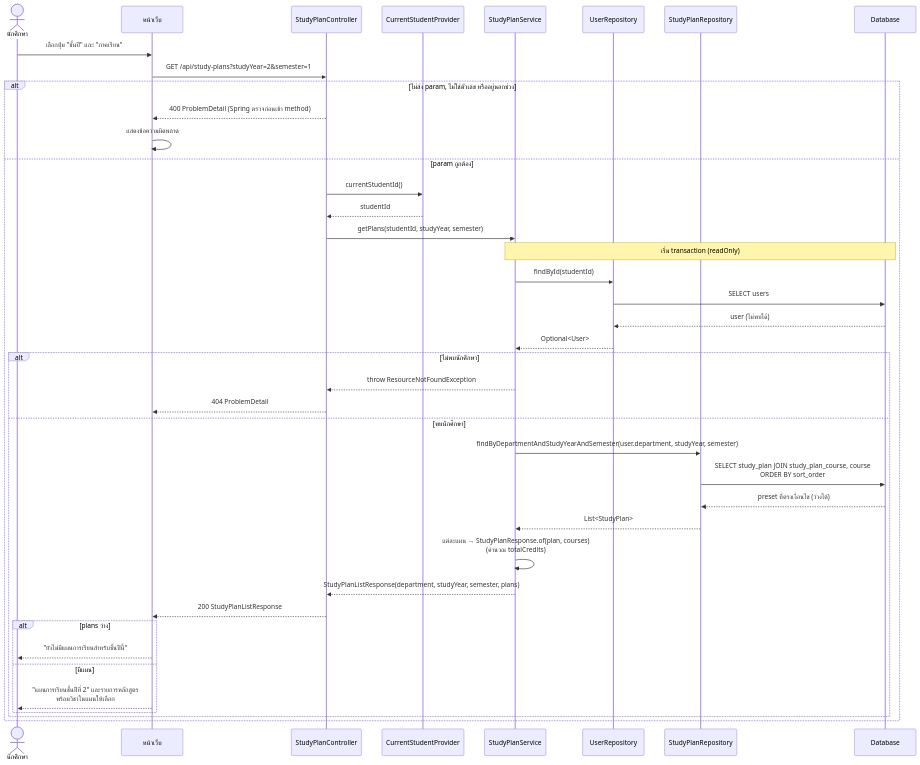
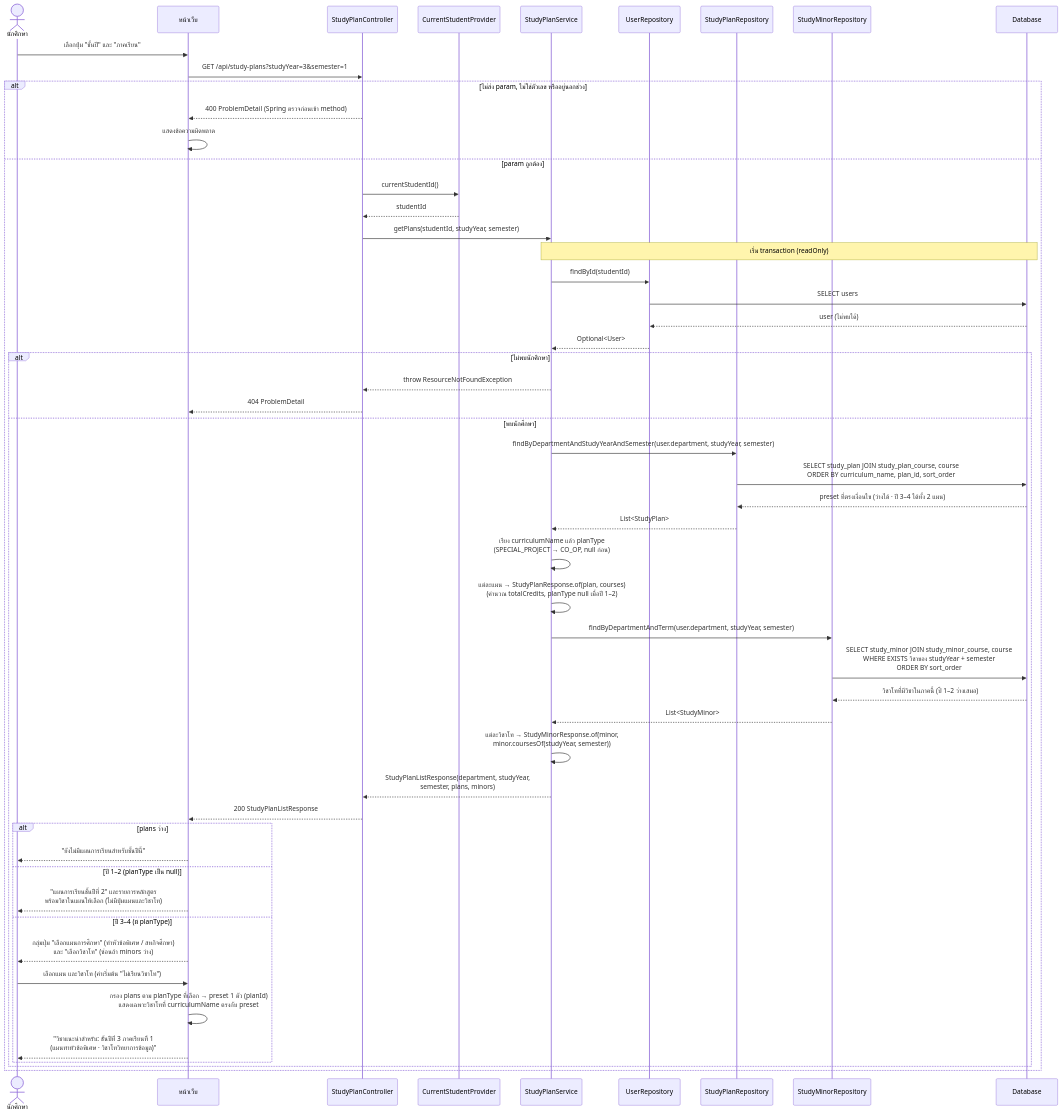
One commit to Non-Sin/CS261-G3-MockTimetableTU changed the diagram in .doc/US8/T06/US8-T06-Sequence-Diagram-StudyPlans.md. Above: the diagram before and after it, drawn with Mermaid. The commit also changed other lines of this file and 5 other files, not shown here.

````diff
--- a/.doc/US8/T06/US8-T06-Sequence-Diagram-StudyPlans.md
+++ b/.doc/US8/T06/US8-T06-Sequence-Diagram-StudyPlans.md
@@ -13,48 +15,62 @@
 ```mermaid
 sequenceDiagram
     actor User as นักศึกษา
     participant UI as หน้าเว็บ
     participant C as StudyPlanController
     participant P as CurrentStudentProvider
     participant S as StudyPlanService
     participant UR as UserRepository
     participant PR as StudyPlanRepository
+    participant MR as StudyMinorRepository
     participant DB as Database
 
     User->>UI: เลือกปุ่ม "ชั้นปี" และ "ภาคเรียน"
-    UI->>C: GET /api/study-plans?studyYear=2&semester=1
+    UI->>C: GET /api/study-plans?studyYear=3&semester=1
 
     alt ไม่ส่ง param, ไม่ใช่ตัวเลข หรืออยู่นอกช่วง
         C-->>UI: 400 ProblemDetail (Spring ตรวจก่อนเข้า method)
         UI->>UI: แสดงข้อความผิดพลาด
     else param ถูกต้อง
         C->>P: currentStudentId()
         P-->>C: studentId
         C->>S: getPlans(studentId, studyYear, semester)
         Note over S,DB: เริ่ม transaction (readOnly)
 
         S->>UR: findById(studentId)
         UR->>DB: SELECT users
         DB-->>UR: user (ไม่พบได้)
         UR-->>S: Optional<User>
 
         alt ไม่พบนักศึกษา
             S-->>C: throw ResourceNotFoundException
             C-->>UI: 404 ProblemDetail
         else พบนักศึกษา
             S->>PR: findByDepartmentAndStudyYearAndSemester(user.department, studyYear, semester)
-            PR->>DB: SELECT study_plan JOIN study_plan_course, course<br/>ORDER BY sort_order
-            DB-->>PR: preset ที่ตรงเงื่อนไข (ว่างได้)
+            PR->>DB: SELECT study_plan JOIN study_plan_course, course<br/>ORDER BY curriculum_name, plan_id, sort_order
+            DB-->>PR: preset ที่ตรงเงื่อนไข (ว่างได้ · ปี 3–4 ได้ทั้ง 2 แผน)
             PR-->>S: List<StudyPlan>
-            S->>S: แต่ละแผน → StudyPlanResponse.of(plan, courses)<br/>(คำนวณ totalCredits)
-            S-->>C: StudyPlanListResponse(department, studyYear, semester, plans)
+            S->>S: เรียง curriculumName แล้ว planType<br/>(SPECIAL_PROJECT → CO_OP, null ก่อน)
+            S->>S: แต่ละแผน → StudyPlanResponse.of(plan, courses)<br/>(คำนวณ totalCredits, planType null เมื่อปี 1–2)
+
+            S->>MR: findByDepartmentAndTerm(user.department, studyYear, semester)
+            MR->>DB: SELECT study_minor JOIN study_minor_course, course<br/>WHERE EXISTS วิชาของ studyYear + semester<br/>ORDER BY sort_order
+            DB-->>MR: วิชาโทที่มีวิชาในภาคนี้ (ปี 1–2 ว่างเสมอ)
+            MR-->>S: List<StudyMinor>
+            S->>S: แต่ละวิชาโท → StudyMinorResponse.of(minor,<br/>minor.coursesOf(studyYear, semester))
+
+            S-->>C: StudyPlanListResponse(department, studyYear,<br/>semester, plans, minors)
             C-->>UI: 200 StudyPlanListResponse
 
             alt plans ว่าง
                 UI-->>User: "ยังไม่มีแผนการเรียนสำหรับชั้นปีนี้"
-            else มีแผน
-                UI-->>User: "แผนการเรียนชั้นปีที่ 2" และรายการหลักสูตร<br/>พร้อมวิชาในแผนให้เลือก
+            else ปี 1–2 (planType เป็น null)
+                UI-->>User: "แผนการเรียนชั้นปีที่ 2" และรายการหลักสูตร<br/>พร้อมวิชาในแผนให้เลือก (ไม่มีปุ่มแผนและวิชาโท)
+            else ปี 3–4 (มี planType)
+                UI-->>User: กลุ่มปุ่ม "เลือกแผนการศึกษา" (ทำหัวข้อพิเศษ / สหกิจศึกษา)<br/>และ "เลือกวิชาโท" (ซ่อนถ้า minors ว่าง)
+                User->>UI: เลือกแผน และวิชาโท (ค่าเริ่มต้น "ไม่เรียนวิชาโท")
+                UI->>UI: กรอง plans ตาม planType ที่เลือก → preset 1 ตัว (planId)<br/>แสดงเฉพาะวิชาโทที่ curriculumName ตรงกับ preset
+                UI-->>User: "วิชาแนะนำสำหรับ: ชั้นปีที่ 3 ภาคเรียนที่ 1<br/>(แผนทำหัวข้อพิเศษ · วิชาโทวิทยาการข้อมูล)"
             end
         end
     end
 ```
````
